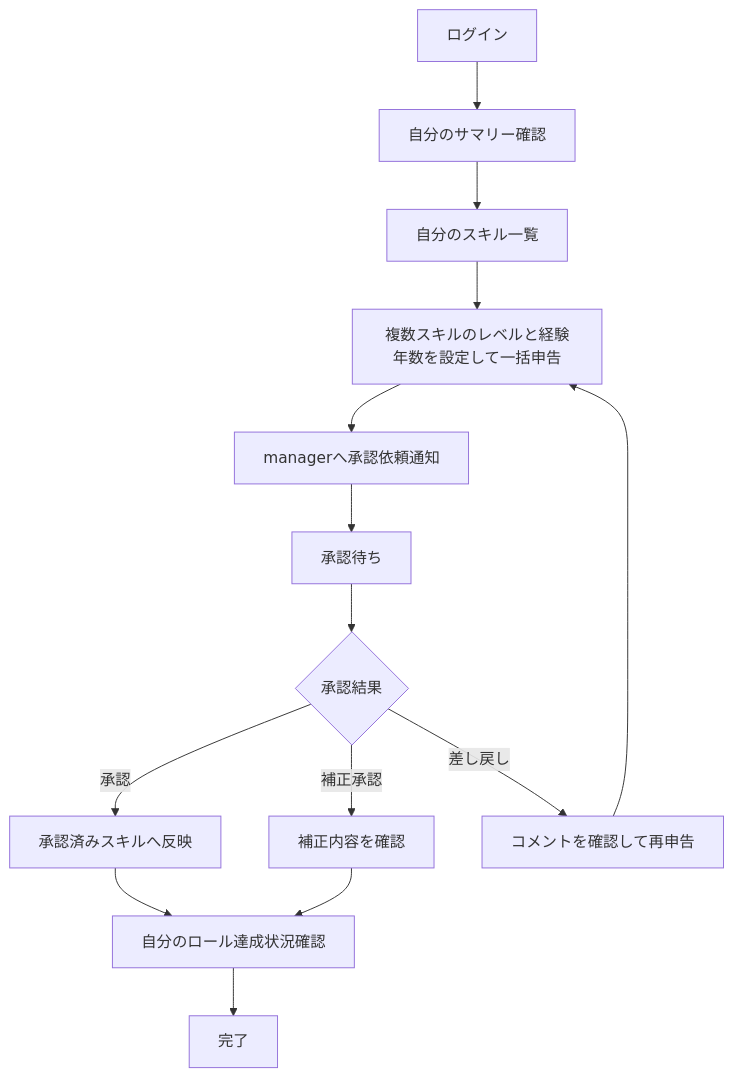
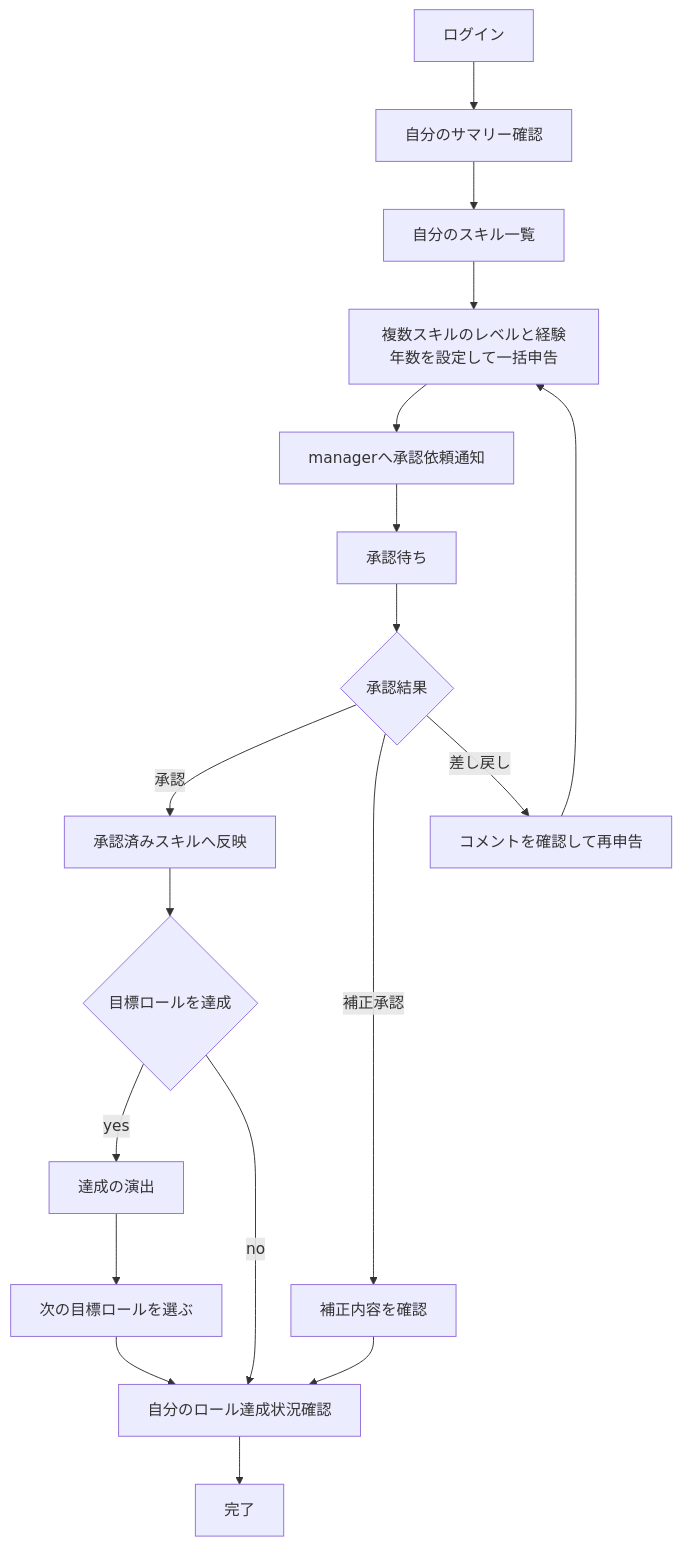
Before and after one commit to yoshiki-mizuho/Beijing-Talentmanegement: the fourth of 6 diagrams in docs/SCREEN_AND_FLOW.md, drawn with Mermaid. The commit also changed other lines of this file and 5 other files, not shown here.

````diff
--- a/docs/SCREEN_AND_FLOW.md
+++ b/docs/SCREEN_AND_FLOW.md
@@ -116,16 +118,20 @@
 ```mermaid
 flowchart TD
   Start[ログイン] --> Dashboard[自分のサマリー確認]
   Dashboard --> MySkills[自分のスキル一覧]
   MySkills --> Submit[複数スキルのレベルと経験年数を設定して一括申告]
   Submit --> NotifyManager[managerへ承認依頼通知]
   NotifyManager --> Wait[承認待ち]
   Wait --> Result{承認結果}
   Result -->|承認| Approved[承認済みスキルへ反映]
   Result -->|補正承認| Corrected[補正内容を確認]
   Result -->|差し戻し| Revise[コメントを確認して再申告]
-  Approved --> Roles[自分のロール達成状況確認]
+  Approved --> Achievement{目標ロールを達成}
+  Achievement -->|yes| Celebrate[達成の演出]
+  Celebrate --> NextRole[次の目標ロールを選ぶ]
+  Achievement -->|no| Roles[自分のロール達成状況確認]
+  NextRole --> Roles
   Corrected --> Roles
   Revise --> Submit
   Roles --> Done[完了]
 ```
````
